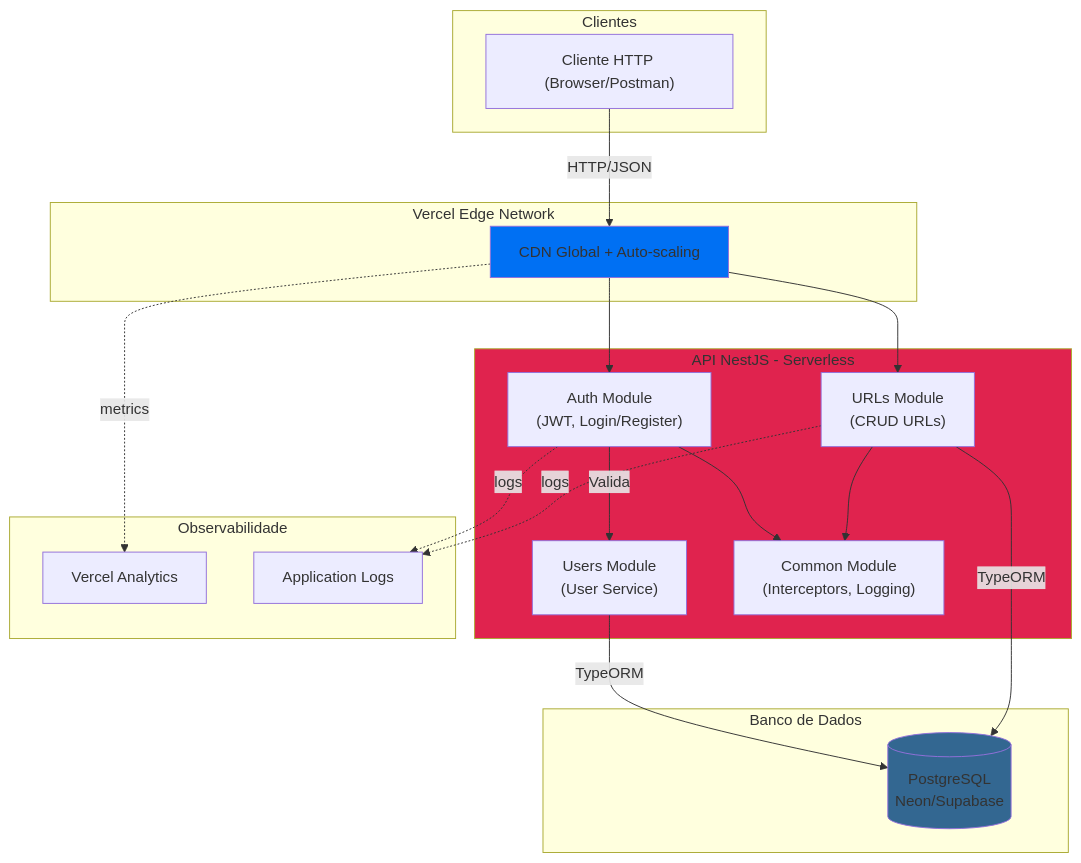
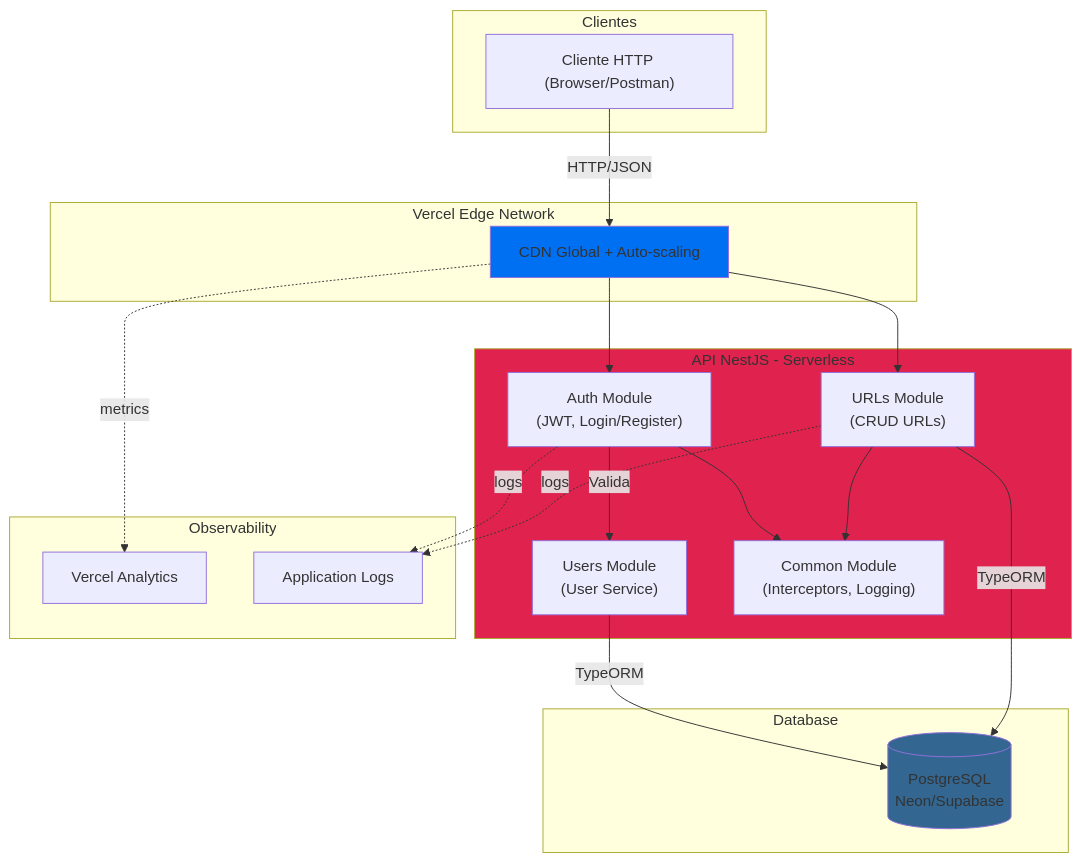
Before and after one commit to TheJoaoRech/url-shortener-api: the first of 4 diagrams in README.md, drawn with Mermaid. The commit also changed other lines of this file, not shown here.

````diff
--- a/README.md
+++ b/README.md
@@ -189,42 +189,42 @@
 ```mermaid
 flowchart TD
     subgraph Client["Clientes"]
         A["Cliente HTTP (Browser/Postman)"]
     end
 
     subgraph Edge["Vercel Edge Network"]
         B["CDN Global + Auto-scaling"]
     end
 
     subgraph API["API NestJS - Serverless"]
         C1["Auth Module<br/>(JWT, Login/Register)"]
         C2["Users Module<br/>(User Service)"]
         C3["URLs Module<br/>(CRUD URLs)"]
         C4["Common Module<br/>(Interceptors, Logging)"]
     end
 
-    subgraph DB["Banco de Dados"]
+    subgraph DB["Database"]
         D[(PostgreSQL<br/>Neon/Supabase)]
     end
 
-    subgraph Monitor["Observabilidade"]
+    subgraph Monitor["Observability"]
         E1["Vercel Analytics"]
         E2["Application Logs"]
     end
 
     A -->|HTTP/JSON| B
     B --> C1
     B --> C3
     C1 -->|Valida| C2
     C1 --> C4
     C3 --> C4
     C2 -->|TypeORM| D
     C3 -->|TypeORM| D
     C1 -.logs.-> E2
     C3 -.logs.-> E2
     B -.metrics.-> E1
 
     style B fill:#0070f3
     style D fill:#336791
     style API fill:#e0234e
 ```
````
